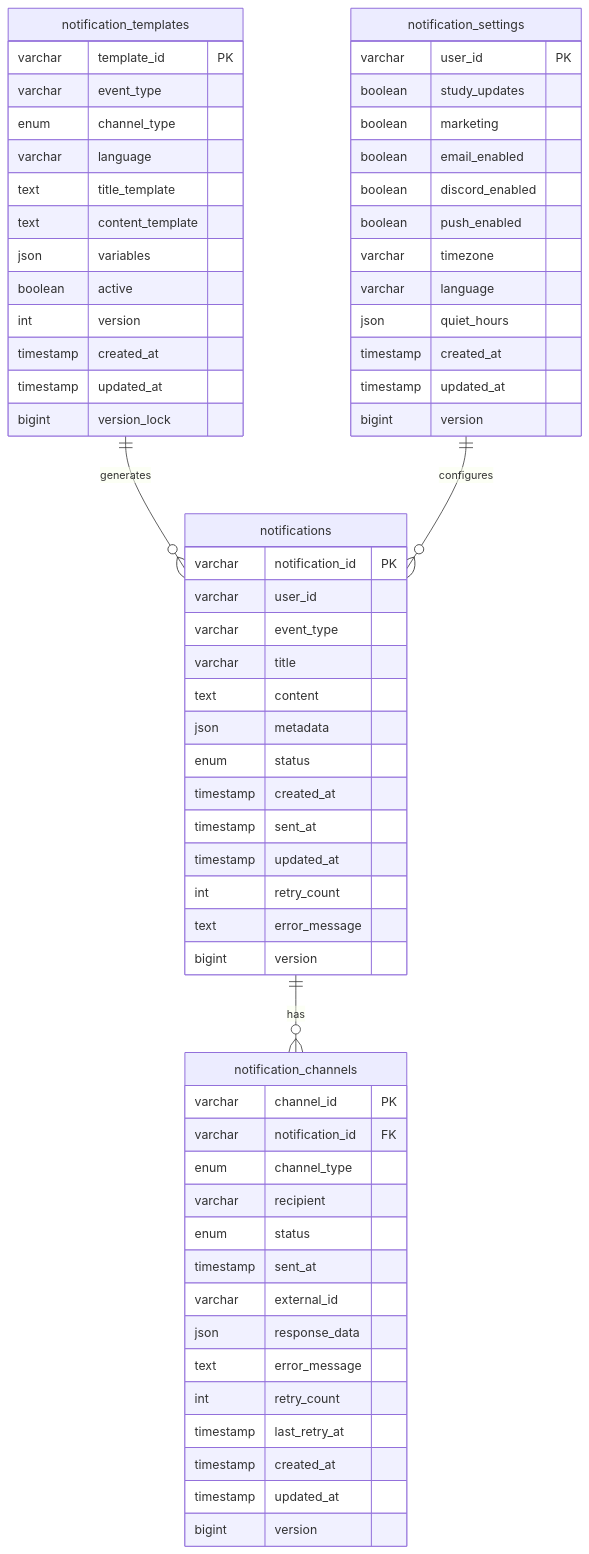
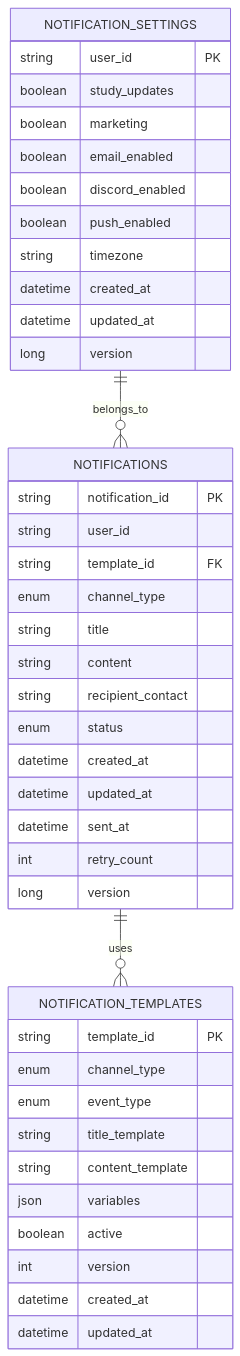
One commit to AsyncSite/noti-service changed the first of 3 diagrams in README.md. Above: the diagram before and after it, drawn with Mermaid. The commit also changed other lines of this file and 5 other files, not shown here.

````diff
--- a/README.md
+++ b/README.md
@@ -334,69 +30,47 @@
 ```mermaid
 erDiagram
-    notifications {
-        varchar notification_id PK
-        varchar user_id
-        varchar event_type
-        varchar title
-        text content
-        json metadata
+    NOTIFICATIONS {
+        string notification_id PK
+        string user_id
+        string template_id FK
+        enum channel_type
+        string title
+        string content
+        string recipient_contact
         enum status
-        timestamp created_at
-        timestamp sent_at
-        timestamp updated_at
+        datetime created_at
+        datetime updated_at
+        datetime sent_at
         int retry_count
-        text error_message
-        bigint version
+        long version
     }
     
-    notification_channels {
-        varchar channel_id PK
-        varchar notification_id FK
+    NOTIFICATION_TEMPLATES {
+        string template_id PK
         enum channel_type
-        varchar recipient
-        enum status
-        timestamp sent_at
-        varchar external_id
-        json response_data
-        text error_message
-        int retry_count
-        timestamp last_retry_at
-        timestamp created_at
-        timestamp updated_at
-        bigint version
-    }
-    
-    notification_templates {
-        varchar template_id PK
-        varchar event_type
-        enum channel_type
-        varchar language
-        text title_template
-        text content_template
+        enum event_type
+        string title_template
+        string content_template
         json variables
         boolean active
         int version
-        timestamp created_at
-        timestamp updated_at
-        bigint version_lock
+        datetime created_at
+        datetime updated_at
     }
     
-    notification_settings {
-        varchar user_id PK
+    NOTIFICATION_SETTINGS {
+        string user_id PK
         boolean study_updates
         boolean marketing
         boolean email_enabled
         boolean discord_enabled
         boolean push_enabled
-        varchar timezone
-        varchar language
-        json quiet_hours
-        timestamp created_at
-        timestamp updated_at
-        bigint version
+        string timezone
+        datetime created_at
+        datetime updated_at
+        long version
     }
-
-    notifications ||--o{ notification_channels : "has"
-    notification_templates ||--o{ notifications : "generates"
-    notification_settings ||--o{ notifications : "configures"
+    
+    NOTIFICATIONS ||--o{ NOTIFICATION_TEMPLATES : uses
+    NOTIFICATION_SETTINGS ||--o{ NOTIFICATIONS : belongs_to
 ```
````
